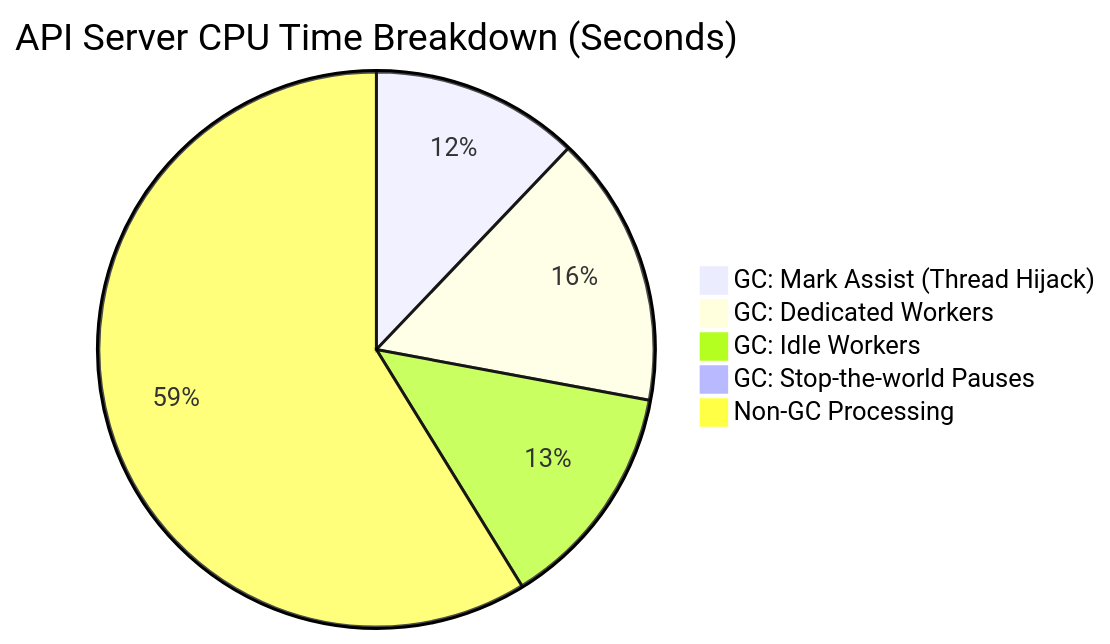
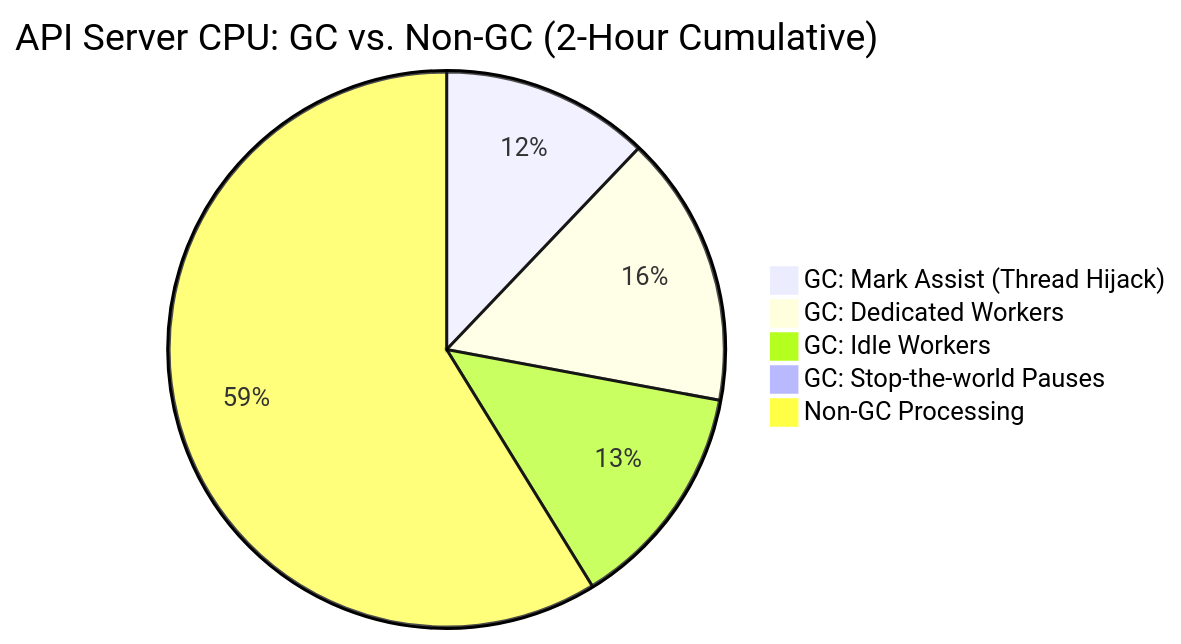
One commit to seans3/ci-test-agents changed the diagram in triage-journals/2064392517519937536/journal.md. Above: the diagram before and after it, drawn with Mermaid. The commit also changed 1 other file, not shown here.

Commit message:
Update chart titles to explicitly highlight GC vs. Non-GC CPU time

````diff
--- a/triage-journals/2064392517519937536/journal.md
+++ b/triage-journals/2064392517519937536/journal.md
@@ -49,8 +49,8 @@
 ```mermaid
-pie title API Server CPU Time Breakdown (Seconds)
+pie title API Server CPU: GC vs. Non-GC (2-Hour Cumulative)
     "GC: Mark Assist (Thread Hijack)" : 20255.61
     "GC: Dedicated Workers" : 26418.06
     "GC: Idle Workers" : 22210.39
     "GC: Stop-the-world Pauses" : 99.81
     "Non-GC Processing" : 98233.61
 ```
````
